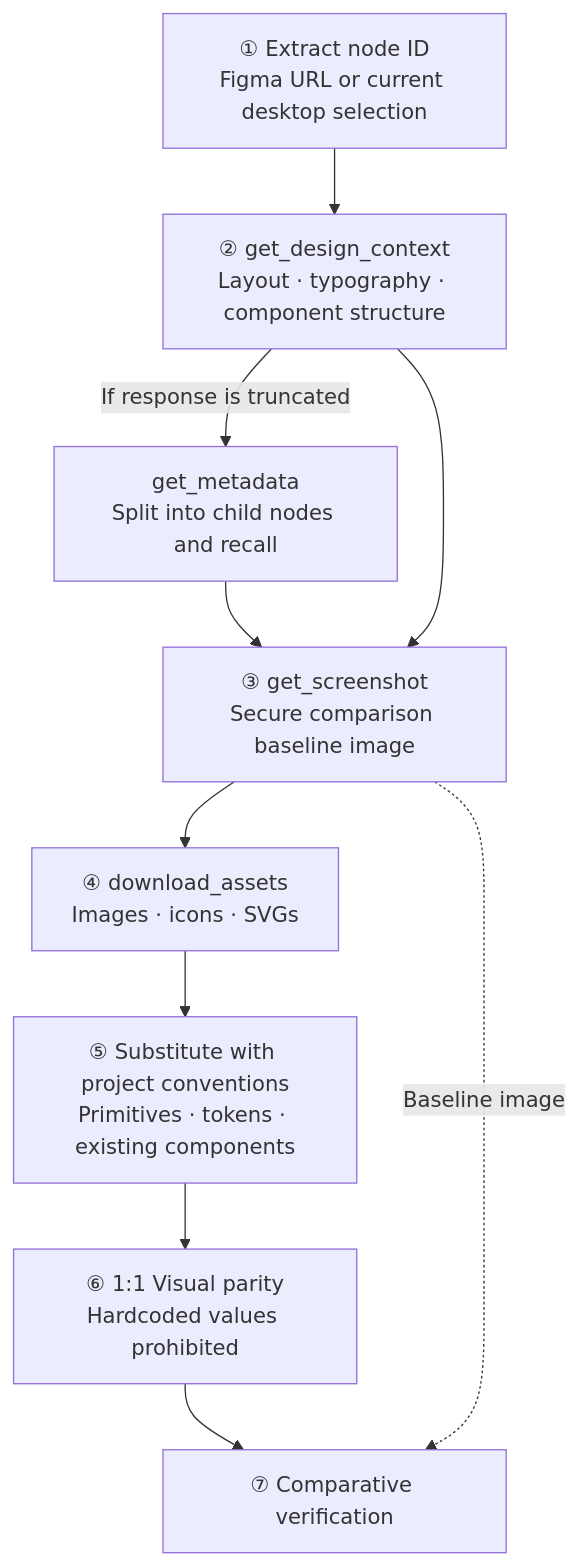
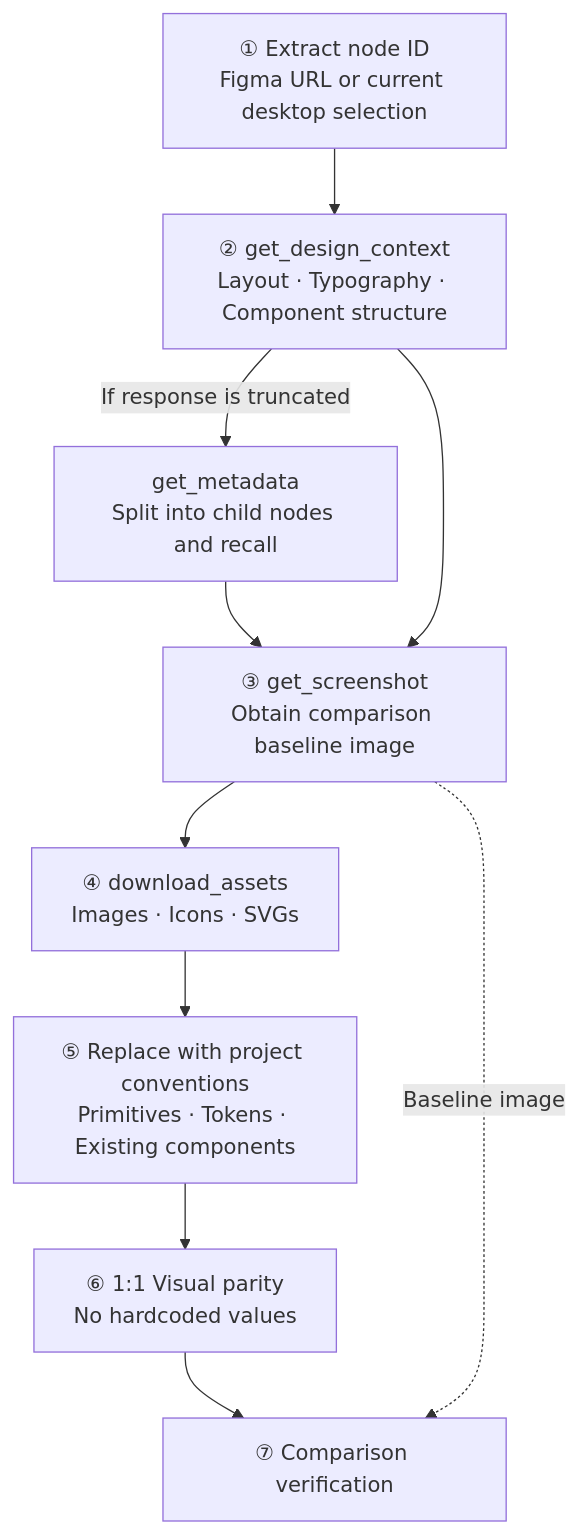
One commit to realstone2/jindol-blog changed the first of 2 diagrams in content/posts/en/3ccf43437bda8012b34fd061c8744b59.mdx. Above: the diagram before and after it, drawn with Mermaid. The commit also changed other lines of this file and 4 other files, not shown here.

````diff
--- a/content/posts/en/3ccf43437bda8012b34fd061c8744b59.mdx
+++ b/content/posts/en/3ccf43437bda8012b34fd061c8744b59.mdx
@@ -78,18 +76,18 @@
 ```mermaid
 flowchart TB
   S1["① Extract node ID<br>Figma URL or current desktop selection"]
-  S2["② get_design_context<br>Layout · typography · component structure"]
+  S2["② get_design_context<br>Layout · Typography · Component structure"]
   MD["get_metadata<br>Split into child nodes and recall"]
-  S3["③ get_screenshot<br>Secure comparison baseline image"]
-  S4["④ download_assets<br>Images · icons · SVGs"]
-  S5["⑤ Substitute with project conventions<br>Primitives · tokens · existing components"]
-  S6["⑥ 1:1 Visual parity<br>Hardcoded values prohibited"]
-  S7["⑦ Comparative verification"]
+  S3["③ get_screenshot<br>Obtain comparison baseline image"]
+  S4["④ download_assets<br>Images · Icons · SVGs"]
+  S5["⑤ Replace with project conventions<br>Primitives · Tokens · Existing components"]
+  S6["⑥ 1:1 Visual parity<br>No hardcoded values"]
+  S7["⑦ Comparison verification"]
 
   S1 --> S2
   S2 -- If response is truncated --> MD
   MD --> S3
   S2 --> S3
   S3 --> S4 --> S5 --> S6 --> S7
   S3 -. Baseline image .-> S7
 ```
````
